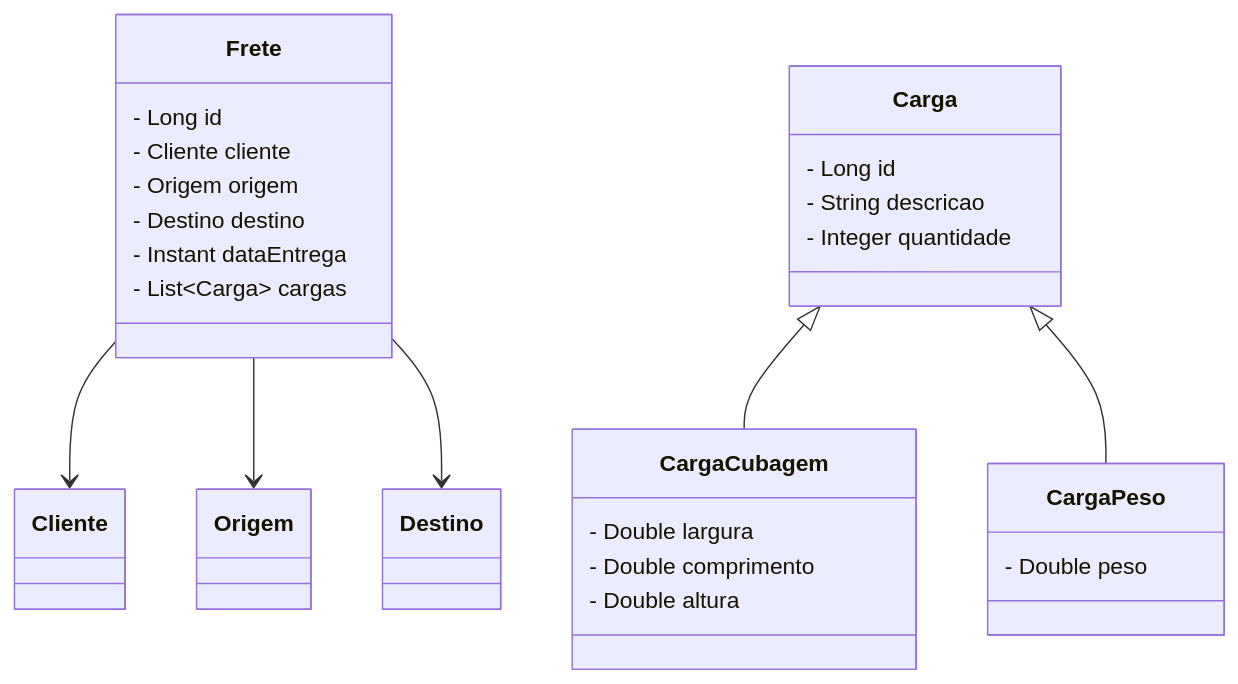
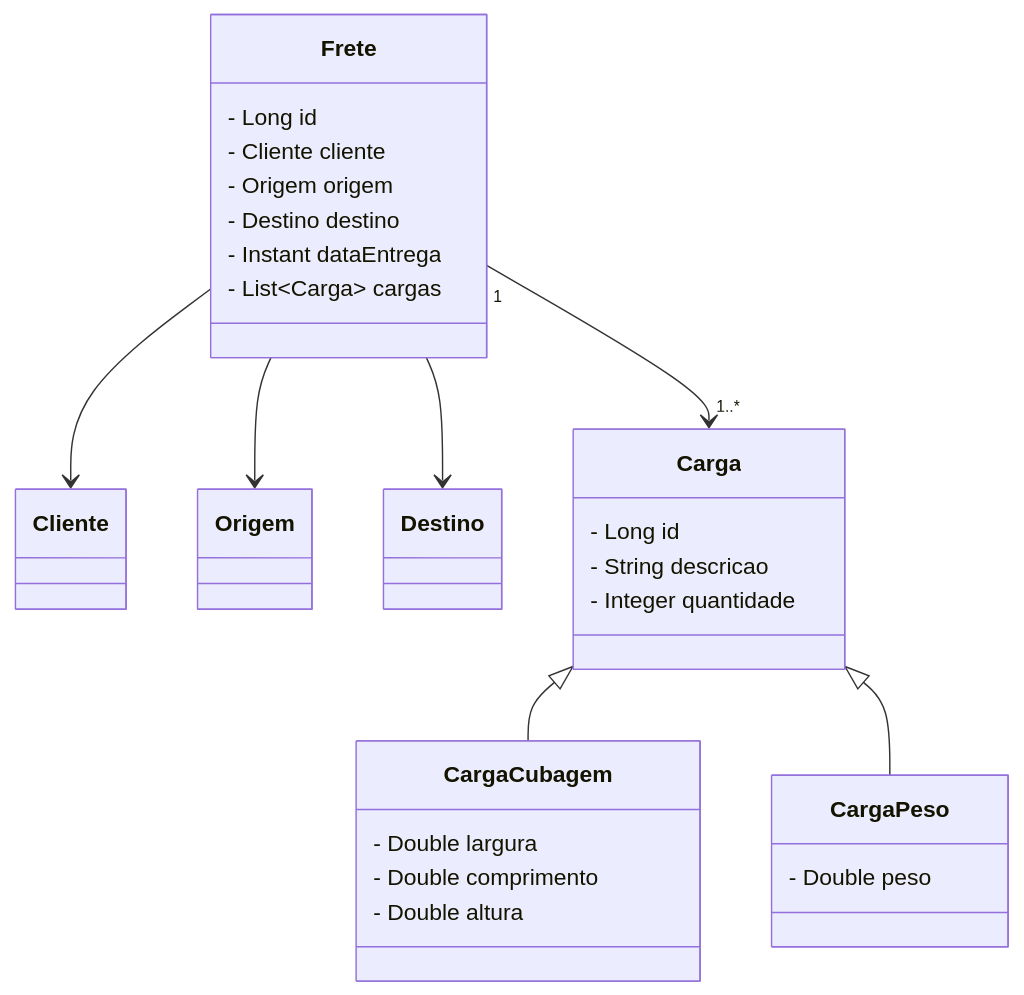
Before and after one commit to brunoclaumari/adm-azs-shipping: the diagram in README.md, drawn with Mermaid. The commit also changed other lines of this file, not shown here.

````diff
--- a/README.md
+++ b/README.md
@@ -18,35 +19,36 @@
 ```mermaid
 classDiagram
     Frete --> Cliente
     Frete --> Origem
     Frete --> Destino
+    Frete "1" --> "1..*" Carga
 
     Carga <|-- CargaCubagem
     Carga <|-- CargaPeso
 
     class Frete {
         - Long id
         - Cliente cliente
         - Origem origem
         - Destino destino
         - Instant dataEntrega
         - List~Carga~ cargas
     }
     class Carga {
         - Long id
         - String descricao
         - Integer quantidade
     }
     class CargaCubagem  {
         - Double largura
         - Double comprimento
         - Double altura
     }
     class CargaPeso  {
         - Double peso
     }
     class Cliente
     class Origem
     class Destino
 
 ```
````
